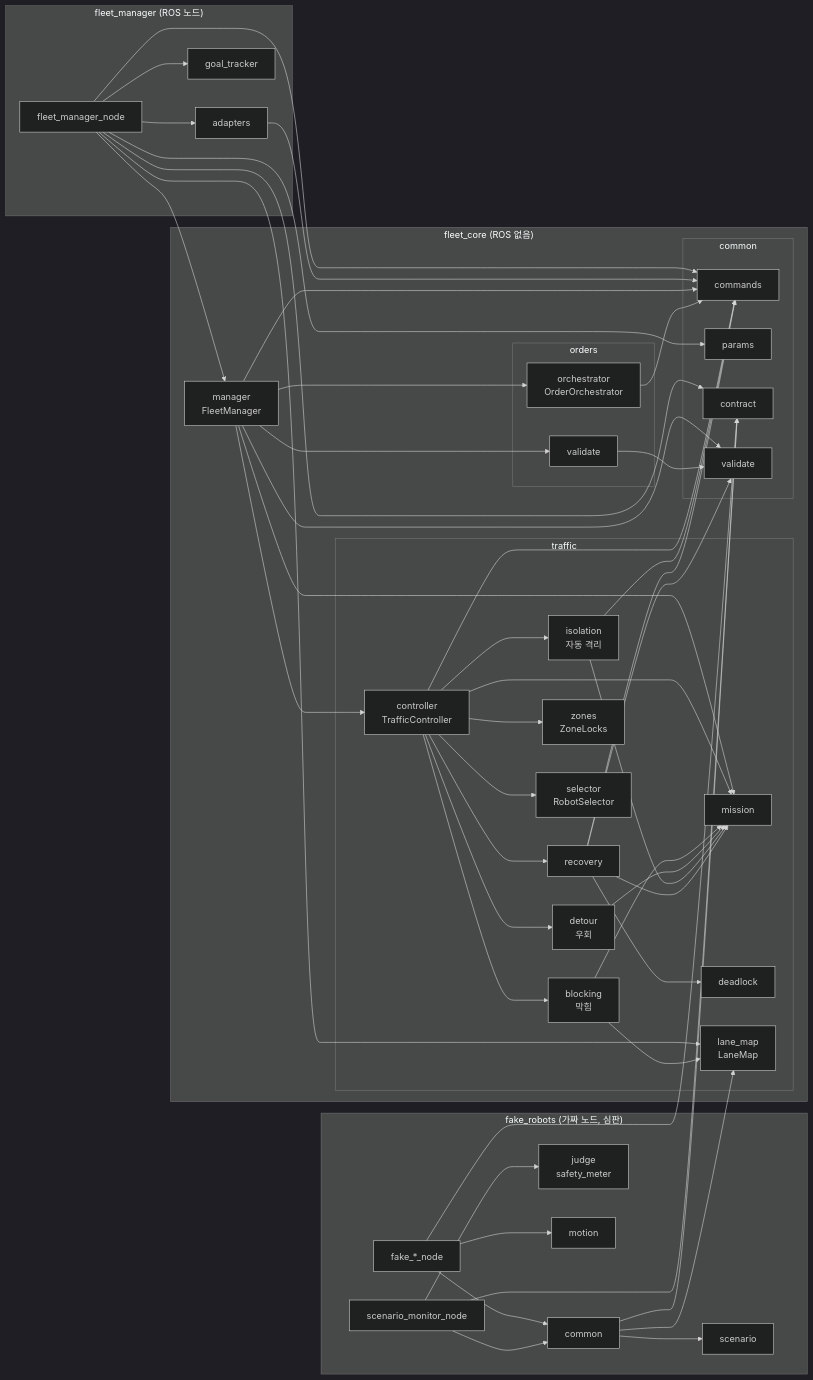
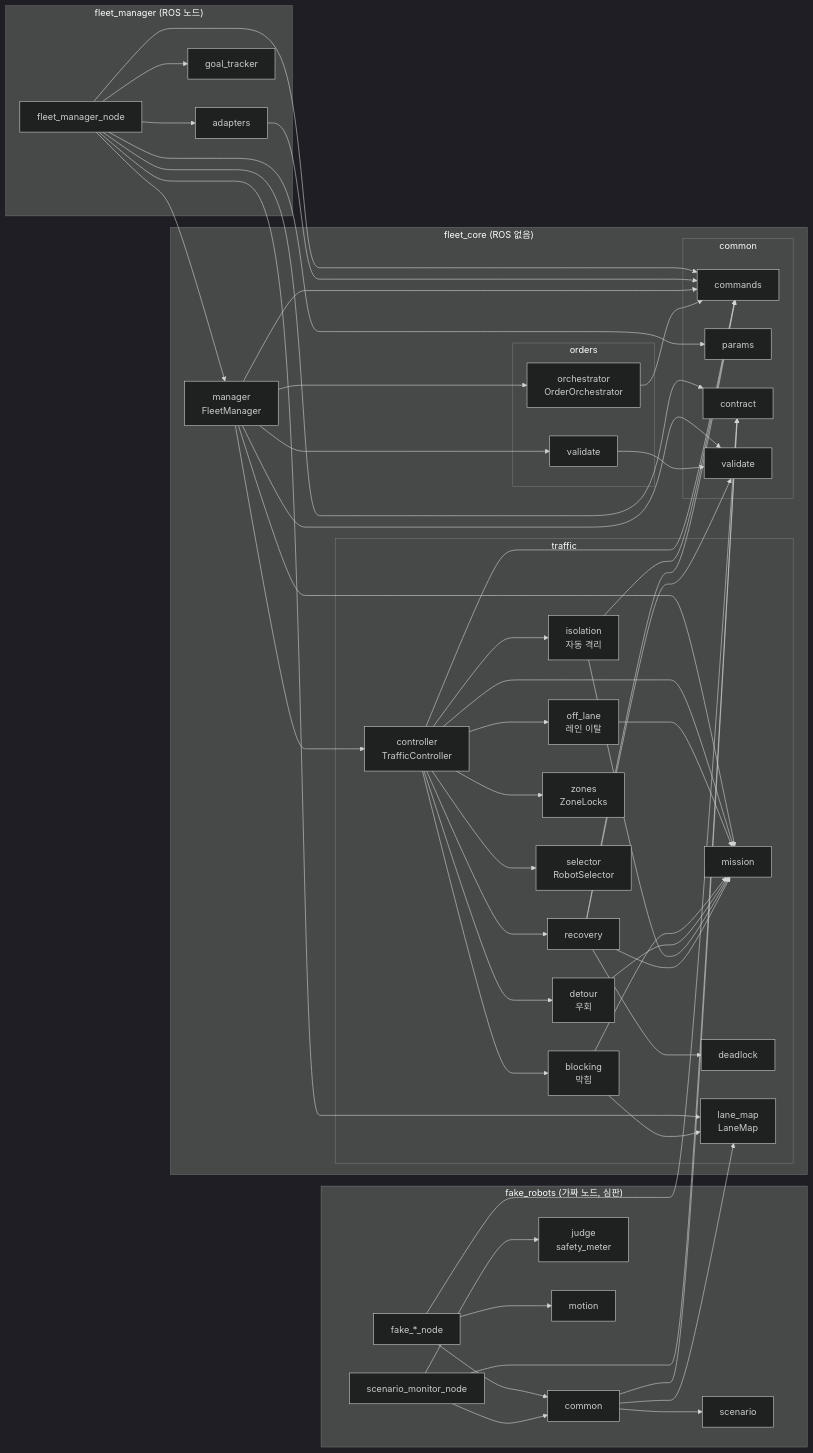
One commit to PJW-1/roscamp-freefloor changed the first of 2 diagrams in README.md. Above: the diagram before and after it, drawn with Mermaid (dark theme). The commit also changed other lines of this file and 2 other files, not shown here.

Commit message:
docs(fms): part 8 sync after part 3: fault_reason OFF_LANE rows, off_lane module, section 13 decided, section 7 closed, expect rules, README events

````diff
--- a/README.md
+++ b/README.md
@@ -13,54 +13,56 @@
 ```mermaid
 flowchart LR
   subgraph fleet["fleet_manager (ROS 노드)"]
     fmnode["fleet_manager_node"]
     adapters["adapters"]
     tracker["goal_tracker"]
   end
   subgraph core["fleet_core (ROS 없음)"]
     manager["manager<br/>FleetManager"]
     subgraph orders["orders"]
       orch["orchestrator<br/>OrderOrchestrator"]
       ovalid["validate"]
     end
     subgraph traffic["traffic"]
       ctrl["controller<br/>TrafficController"]
       blocking["blocking<br/>막힘"]
       detour["detour<br/>우회"]
       isolation["isolation<br/>자동 격리"]
+      offlane["off_lane<br/>레인 이탈"]
       mission["mission"]
       recovery["recovery"]
       zones["zones<br/>ZoneLocks"]
       selector["selector<br/>RobotSelector"]
       deadlock["deadlock"]
       lanemap["lane_map<br/>LaneMap"]
     end
     subgraph common["common"]
       commands["commands"]
       params["params"]
       contract["contract"]
       cvalid["validate"]
     end
   end
   subgraph sim["fake_robots (가짜 노드, 심판)"]
     fakes["fake_*_node"]
     monitor["scenario_monitor_node"]
     simcommon["common"]
     scenario["scenario"]
     judge["judge<br/>safety_meter"]
     motion["motion"]
   end
   fmnode --> adapters & tracker & manager & lanemap & contract & params & commands
   adapters --> commands
   manager --> orch & ctrl & mission & commands & cvalid & ovalid
   ovalid --> cvalid
   orch --> commands
-  ctrl --> mission & recovery & zones & selector & commands & blocking & detour & isolation
+  ctrl --> mission & recovery & zones & selector & commands & blocking & detour & isolation & offlane
+  offlane --> mission
   blocking --> lanemap & mission
   detour --> mission
   isolation --> mission & commands
   recovery --> mission & deadlock & commands & cvalid
   fakes --> simcommon & motion & contract
   monitor --> simcommon & judge & contract
   simcommon --> scenario & contract & lanemap
 ```
````
